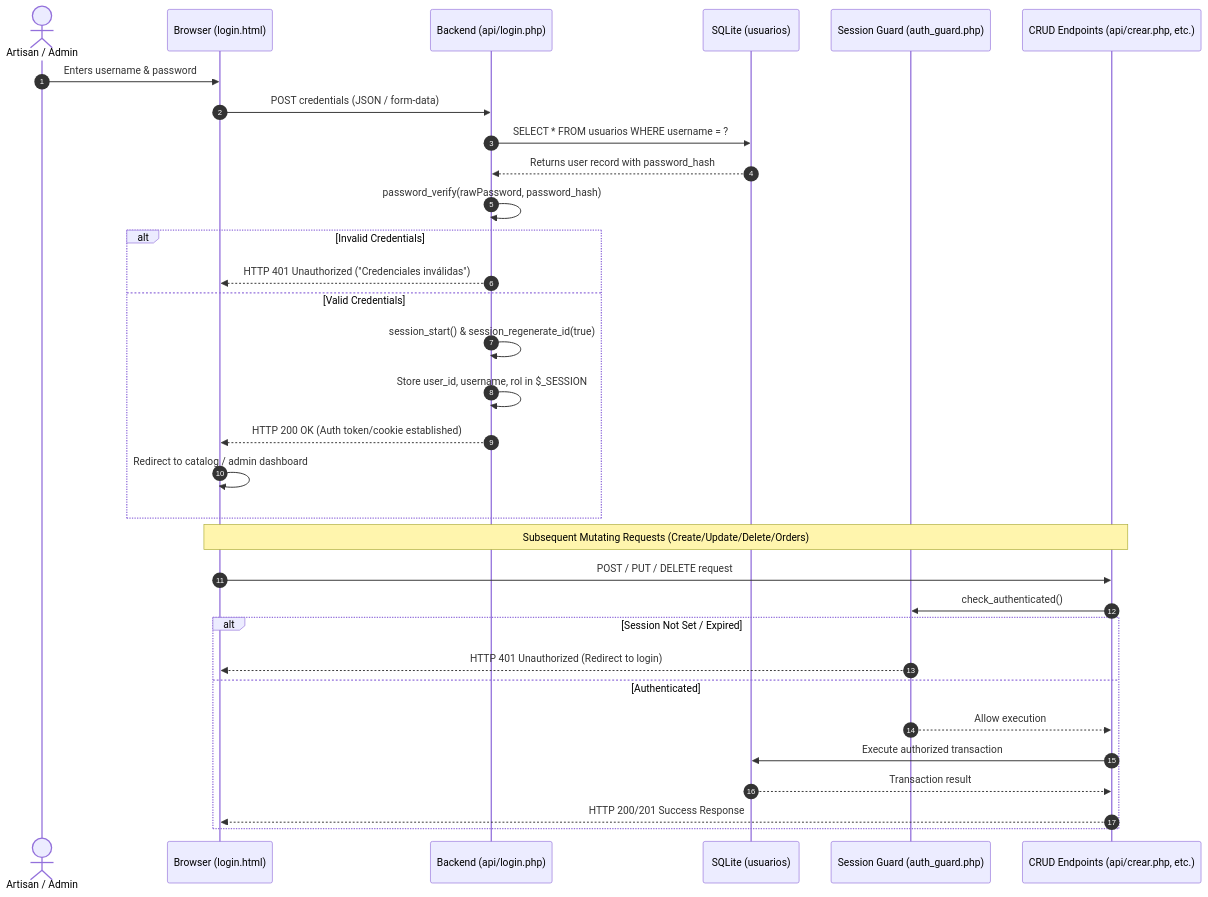
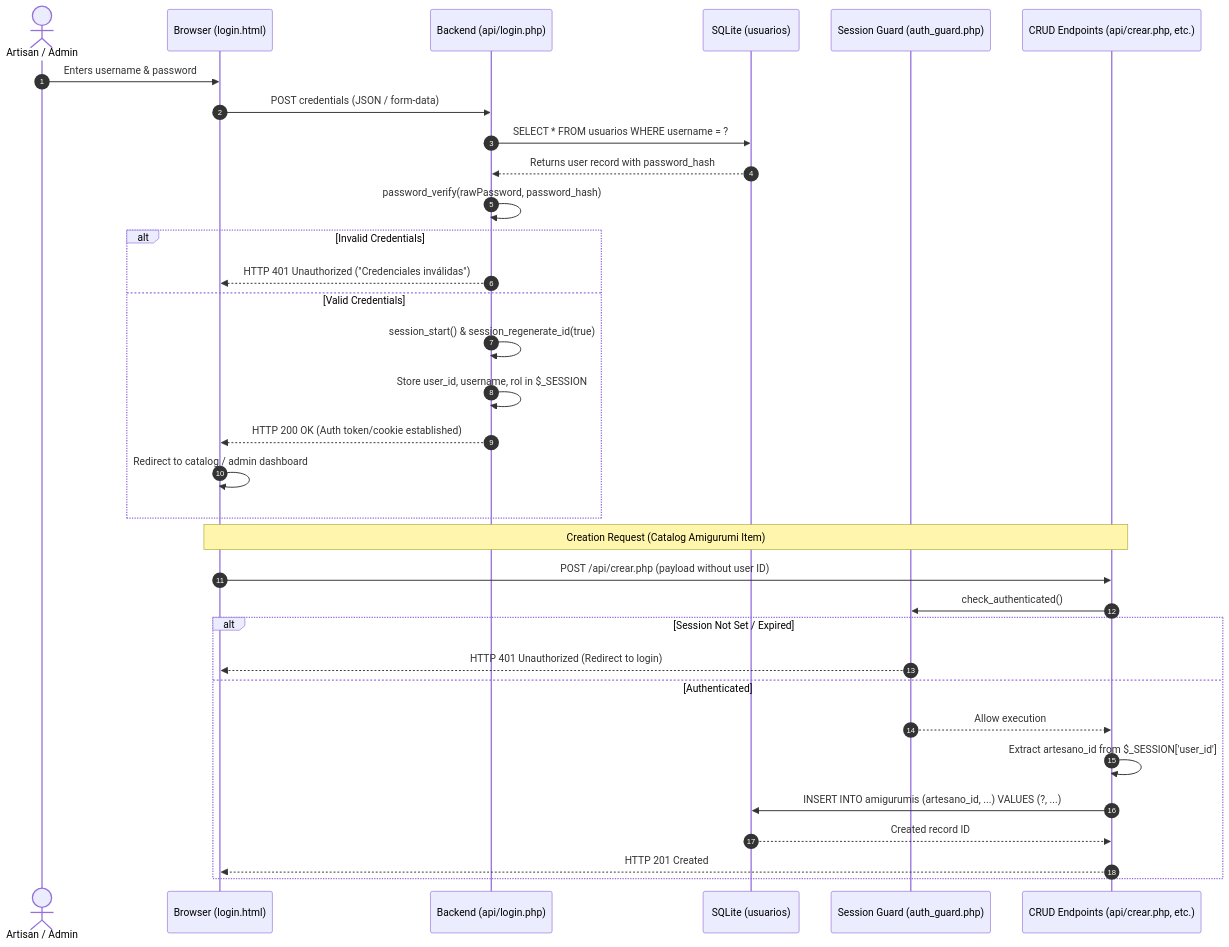
The diagram in docs/auth-flow.md (AngelKero/amigurumi-manager), drawn with Mermaid before and after one commit. The commit also changed other lines of this file and 4 other files, not shown here.

Commit message:
feat: implement secure artisan attribution by binding creation requests to session user IDs and update project documentation.

````diff
--- a/docs/auth-flow.md
+++ b/docs/auth-flow.md
@@ -9,36 +9,37 @@
 ```mermaid
 sequenceDiagram
     autonumber
     actor User as Artisan / Admin
     participant UI as Browser (login.html)
     participant Auth as Backend (api/login.php)
     participant DB as SQLite (usuarios)
     participant Guard as Session Guard (auth_guard.php)
     participant API as CRUD Endpoints (api/crear.php, etc.)
 
     User->>UI: Enters username & password
     UI->>Auth: POST credentials (JSON / form-data)
     Auth->>DB: SELECT * FROM usuarios WHERE username = ?
     DB-->>Auth: Returns user record with password_hash
     Auth->>Auth: password_verify(rawPassword, password_hash)
     alt Invalid Credentials
         Auth-->>UI: HTTP 401 Unauthorized ("Credenciales inválidas")
     else Valid Credentials
         Auth->>Auth: session_start() & session_regenerate_id(true)
         Auth->>Auth: Store user_id, username, rol in $_SESSION
         Auth-->>UI: HTTP 200 OK (Auth token/cookie established)
         UI->>UI: Redirect to catalog / admin dashboard
     end
 
-    Note over UI,API: Subsequent Mutating Requests (Create/Update/Delete/Orders)
-    UI->>API: POST / PUT / DELETE request
+    Note over UI,API: Creation Request (Catalog Amigurumi Item)
+    UI->>API: POST /api/crear.php (payload without user ID)
     API->>Guard: check_authenticated()
     alt Session Not Set / Expired
         Guard-->>UI: HTTP 401 Unauthorized (Redirect to login)
     else Authenticated
         Guard-->>API: Allow execution
-        API->>DB: Execute authorized transaction
-        DB-->>API: Transaction result
-        API-->>UI: HTTP 200/201 Success Response
+        API->>API: Extract artesano_id from $_SESSION['user_id']
+        API->>DB: INSERT INTO amigurumis (artesano_id, ...) VALUES (?, ...)
+        DB-->>API: Created record ID
+        API-->>UI: HTTP 201 Created
     end
 ```
````
